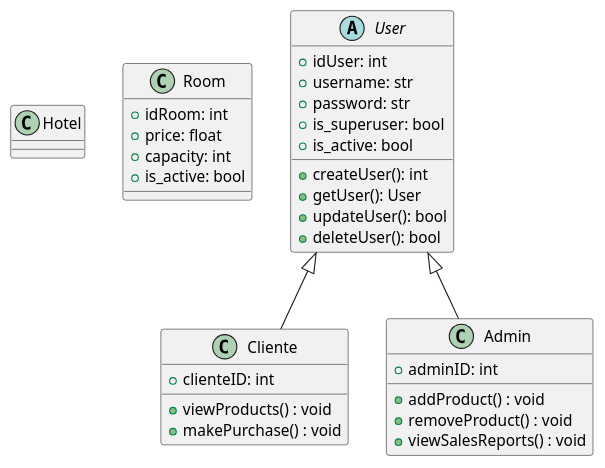
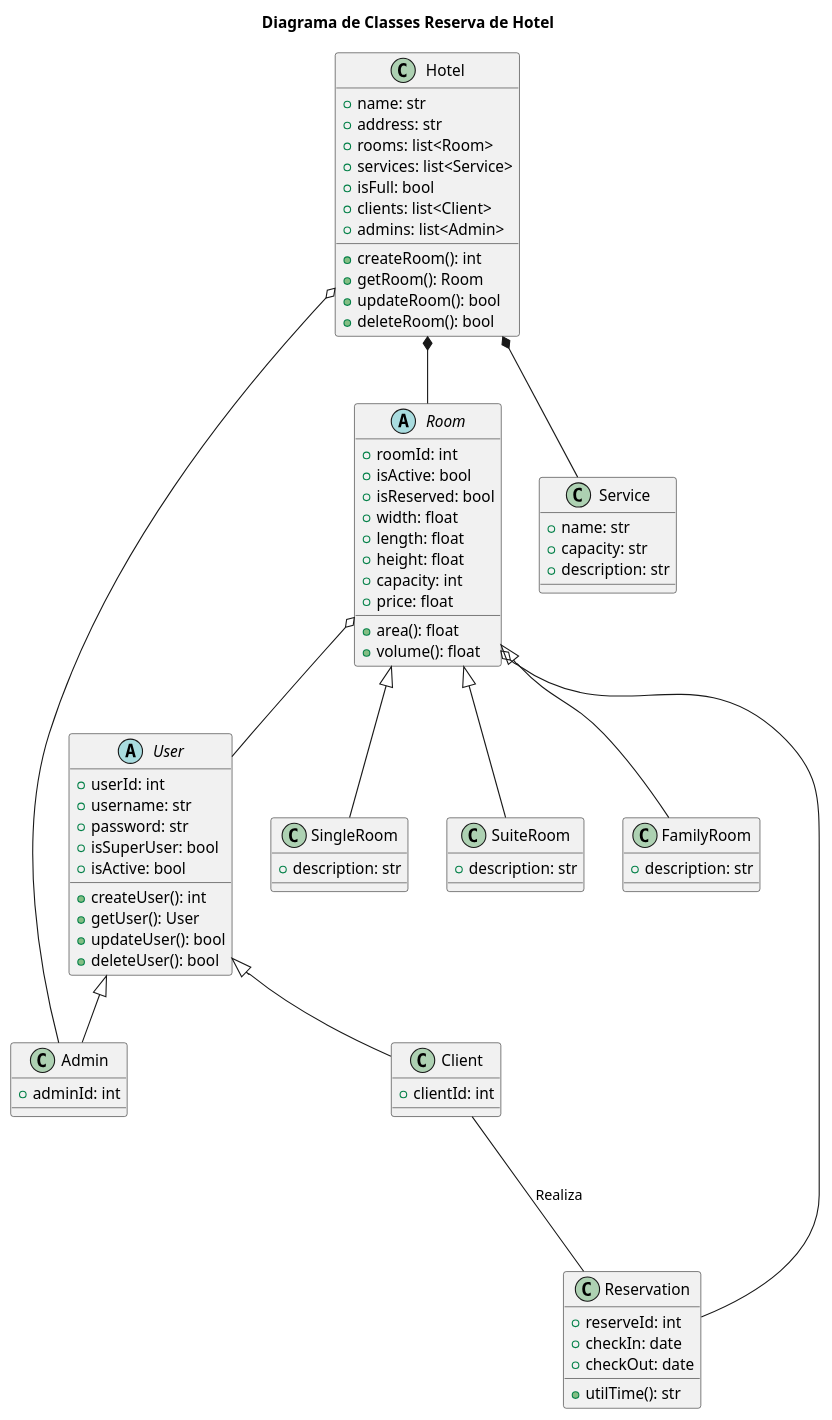
The diagram in diagrama_de_classes.iuml (azmovi/reserva-de-hotel), drawn with PlantUML before and after one commit.

Commit message:
Organiza diagrama de classes

```diff
--- a/diagrama_de_classes.iuml
+++ b/diagrama_de_classes.iuml
@@ -1,42 +1,100 @@
 @startuml
-class Hotel {
 
-}
-
-class Room {
-    +idRoom: int
-    +price: float
-    +capacity: int
-    +is_active: bool
-}
+title Diagrama de Classes Reserva de Hotel
 
 abstract class User {
-    +idUser: int 
+    +userId: int 
     +username: str
     +password: str
-    +is_superuser: bool 
-    +is_active: bool 
+    +isSuperUser: bool 
+    +isActive: bool 
 
     +createUser(): int
     +getUser(): User
     +updateUser(): bool
     +deleteUser(): bool
 }
 
-class Cliente {
-    +clienteID: int
-    +viewProducts() : void
-    +makePurchase() : void
+class Client{
+    +clientId: int
 }
 
 class Admin {
-    +adminID: int
-    +addProduct() : void
-    +removeProduct() : void
-    +viewSalesReports() : void
+    +adminId: int
 }
 
-User <|-- Cliente
+class Hotel {
+    +name: str
+    +address: str
+    +rooms: list<Room>
+    +services: list<Service>
+    +isFull: bool
+    +clients: list<Client>
+    +admins: list<Admin>
+
+    +createRoom(): int
+    +getRoom(): Room
+    +updateRoom(): bool
+    +deleteRoom(): bool
+    
+}
+
+abstract class Room{
+    +roomId: int
+    +isActive: bool
+    +isReserved: bool
+    +width: float
+    +length: float
+    +height: float
+    +capacity: int
+    +price: float
+
+    +area(): float
+    +volume(): float
+}
+
+class SingleRoom {
+    +description: str
+}
+
+class SuiteRoom{
+    +description: str
+}
+
+class FamilyRoom{
+    +description: str
+}
+
+
+class Service {
+    +name: str
+    +capacity: str
+    +description: str
+
+}
+
+class Reservation {
+    +reserveId: int
+    +checkIn: date
+    +checkOut: date
+
+    +utilTime(): str
+}
+
+Room <|-- SuiteRoom
+Room <|-- SingleRoom
+Room <|-- FamilyRoom
+Room  o-- User
+Room  o-- Reservation
+
+Hotel *-- Room
+Hotel *-- Service
+Hotel o-- Admin
+
+
+User <|-- Client
 User <|-- Admin
 
+Client --- Reservation: Realiza
+
 @enduml
```
